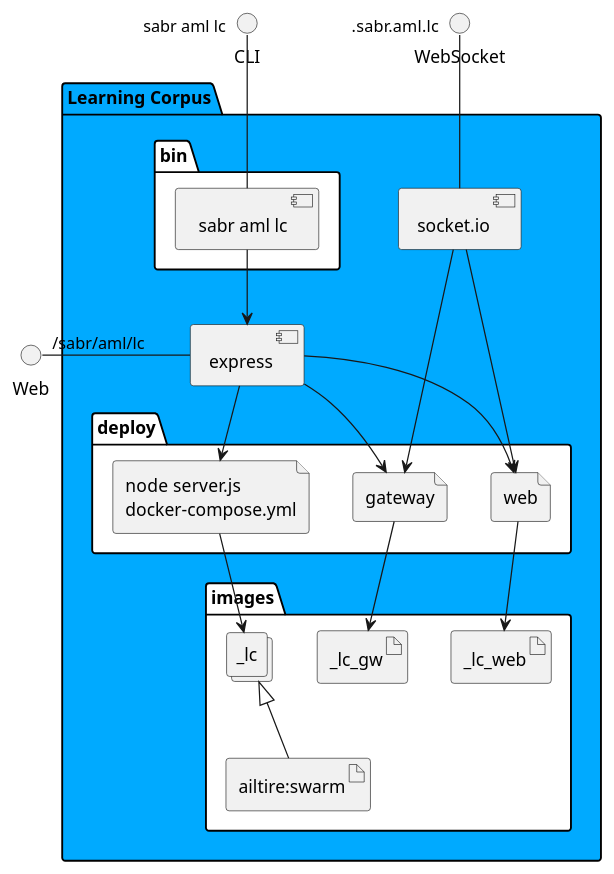
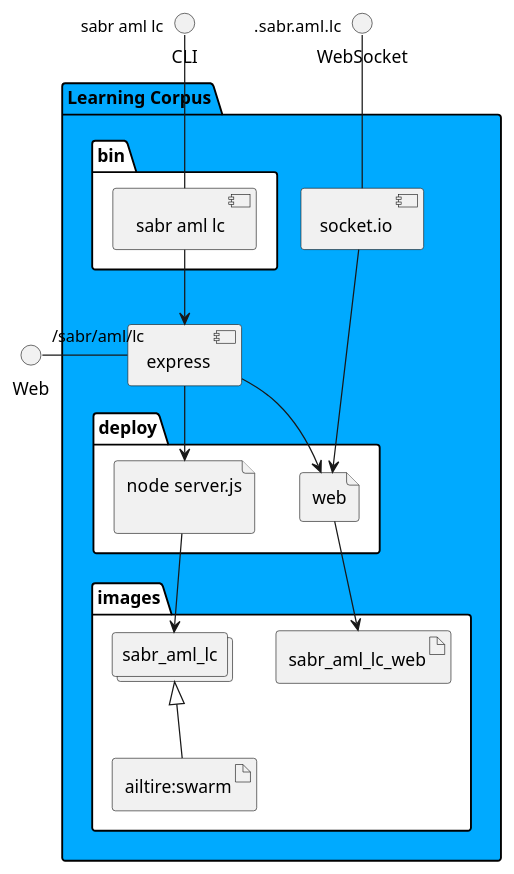
The diagram in docs/sabr/aml/lc/envs/prod/physical.puml (madajaju/sabr), drawn with PlantUML before and after one commit. The commit also changed 484 other files, not shown here.

```diff
--- a/docs/sabr/aml/lc/envs/prod/physical.puml
+++ b/docs/sabr/aml/lc/envs/prod/physical.puml
@@ -1,46 +1,39 @@
 @startuml
   interface CLI
   interface Web
   interface WebSocket
 package "Learning Corpus" #00aaff {
   component express as REST
   component socket.io as socket
   folder bin #ffffff {
     component " sabr aml lc" as binName
   }
   binName --> REST
 
   folder deploy #ffffff {
-      file "node server.js\ndocker-compose.yml" as _lc_container
-      REST --> _lc_container
+      file "node server.js\n" as sabr_aml_lc_container
+      REST --> sabr_aml_lc_container
 
   
     file "web" as web_container
     REST --> web_container
     socket ---> web_container
   
-    file "gateway" as gateway_container
-    REST --> gateway_container
-    socket ---> gateway_container
-  
   }
   folder images #ffffff {
-    collections "_lc" as _lcimage
+    collections "sabr_aml_lc" as sabr_aml_lcimage
     artifact "ailtire:swarm" as ailtireswarm
-    _lcimage <|-- ailtireswarm
-    _lc_container --> _lcimage
+    sabr_aml_lcimage <|-- ailtireswarm
+    sabr_aml_lc_container --> sabr_aml_lcimage
 
   
-      artifact "_lc_web" as _lc_web
-      web_container --> _lc_web
-    
-      artifact "_lc_gw" as _lc_gw
-      gateway_container --> _lc_gw
+      artifact "sabr_aml_lc_web" as sabr_aml_lc_web
+      web_container --> sabr_aml_lc_web
     
   }
 }
 CLI " sabr aml lc" -- binName
 Web "/sabr/aml/lc" - REST
 WebSocket ".sabr.aml.lc" -- socket
 
 @enduml
```
